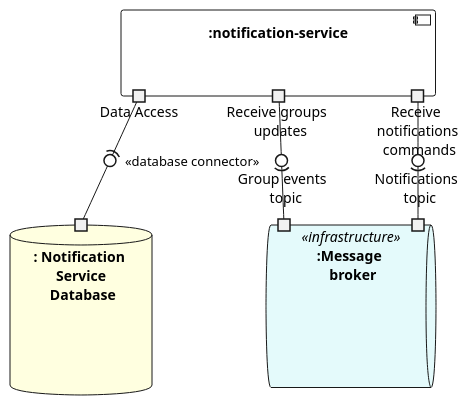
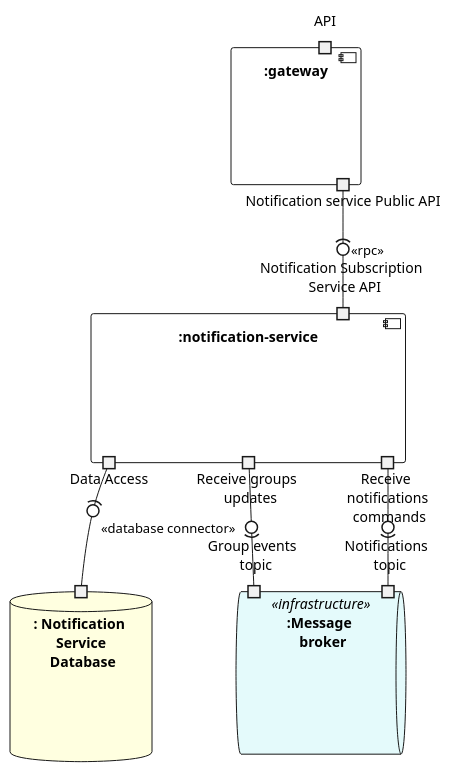
The third of 4 diagrams in content/docs/3-arch-design/2-architecture-design.md (position-pal/Documentation), drawn with PlantUML before and after one commit. The commit also changed other lines of this file and 4 other files, not shown here.

Commit message:
more schemas

````diff
--- a/content/docs/3-arch-design/2-architecture-design.md
+++ b/content/docs/3-arch-design/2-architecture-design.md
@@ -141,28 +147,35 @@
 ```plantuml
 @startuml arch-cc-notification
 '========================== Styling =========================='
 skinparam component {
     BackgroundColor<<external>> #eeebeb
     BackgroundColor<<executable>> #e3f6e3
 }
 skinparam DatabaseBackgroundColor LightYellow
 skinparam QueueBackgroundColor #e4fafb
 '========================= Components ========================'
+component ":gateway" {
+    portin "API" as GATEWAY_API
+    portout "Notification service Public API" as GATEWAY_NOT_API
+}
+
 component ":notification-service" {
+    portin "Notification Subscription \n Service API" as NOT_API
     portout "Data Access" as NOT_DA
     portout "Receive groups \n updates" as NOT_SUB_GRPS
     portout "Receive \n notifications \n commands" as NOT_SUB_NOTIF
 }
 database ": Notification \n Service \n Database" as  NOT_DB {
     portin " " as NOT_DB_DA
 }
+GATEWAY_NOT_API -(0- NOT_API : <<rpc>>
 NOT_DA -(0- NOT_DB_DA : <<database connector>>
 
 queue ":Message \n broker" <<infrastructure>> {
     portin "Notifications \n topic" as MB_SUB_NOTIF
     portin "Group events \n topic" as MB_SUB_GRPS
 }
 NOT_SUB_GRPS -0)- MB_SUB_GRPS
 NOT_SUB_NOTIF -0)- MB_SUB_NOTIF
 @enduml
 ```
````
